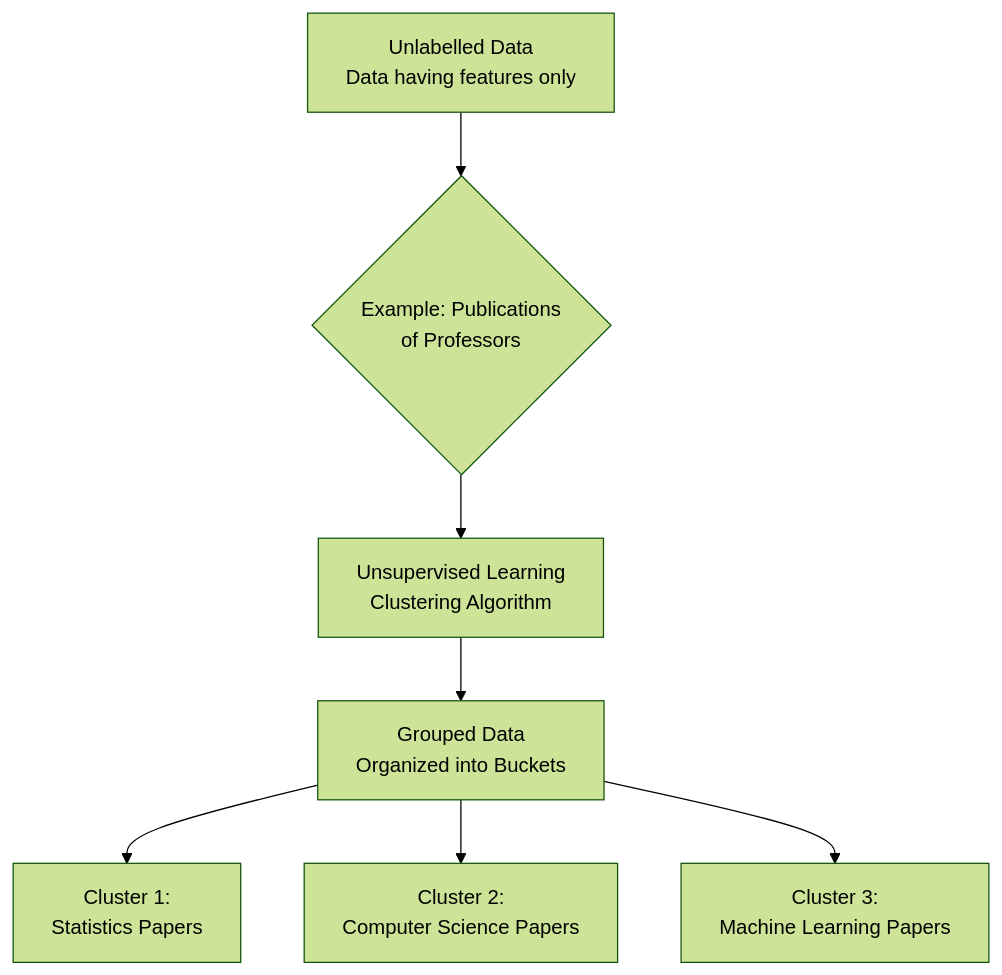
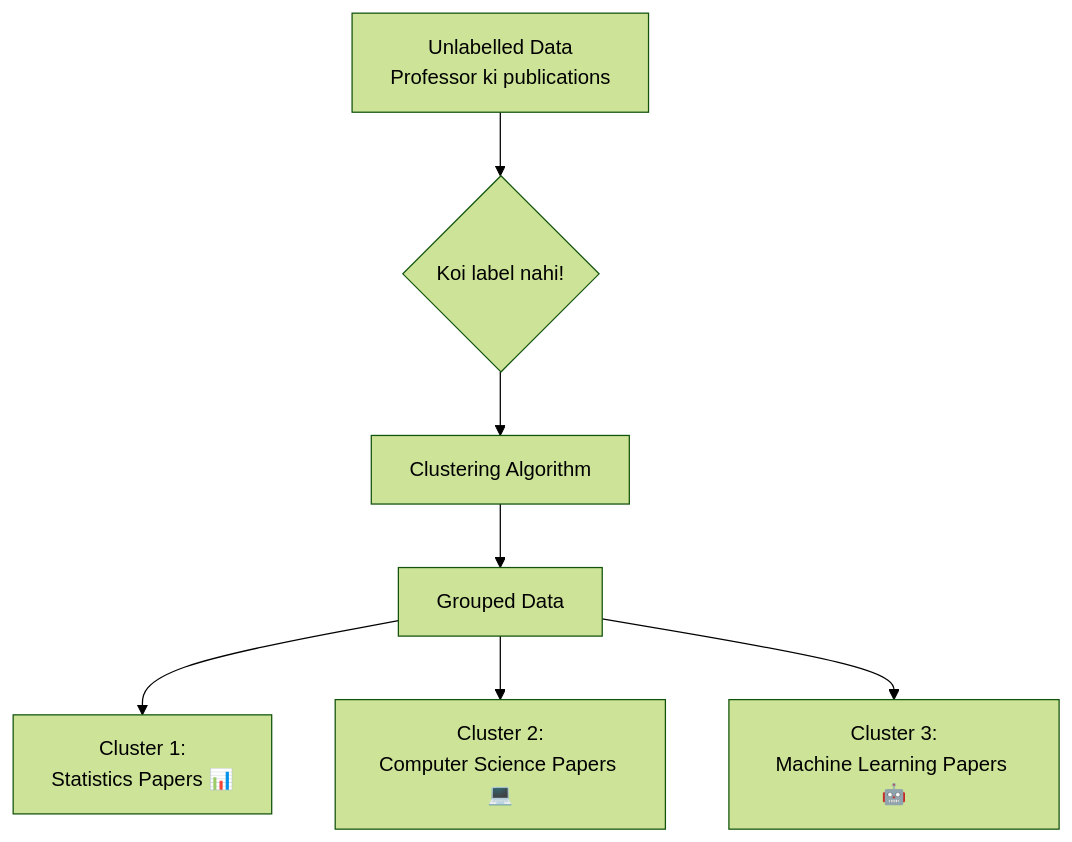
One commit to Swayam42/CollegeHub changed the third of 9 diagrams in 6th-SEM/ML-2/ClassWorks/Ch-09_UnsupervisedLearning/Notes.md. Above: the diagram before and after it, drawn with Mermaid (forest theme). The commit also changed other lines of this file, not shown here.

````diff
--- a/6th-SEM/ML-2/ClassWorks/Ch-09_UnsupervisedLearning/Notes.md
+++ b/6th-SEM/ML-2/ClassWorks/Ch-09_UnsupervisedLearning/Notes.md
@@ -93,10 +107,9 @@
 ```mermaid
 flowchart TD
-    A[Unlabelled Data<br/>Data having features only] --> B{Example: Publications<br/>of Professors}
-    B --> C[Unsupervised Learning<br/>Clustering Algorithm]
-    C --> D[Grouped Data<br/>Organized into Buckets]
-    D --> E1[Cluster 1:<br/>Statistics Papers]
-    D --> E2[Cluster 2:<br/>Computer Science Papers]
-    D --> E3[Cluster 3:<br/>Machine Learning Papers]
-    
+    A[Unlabelled Data<br/>Professor ki publications] --> B{Koi label nahi!}
+    B --> C[Clustering Algorithm]
+    C --> D[Grouped Data]
+    D --> E1[Cluster 1:<br/>Statistics Papers 📊]
+    D --> E2[Cluster 2:<br/>Computer Science Papers 💻]
+    D --> E3[Cluster 3:<br/>Machine Learning Papers 🤖]
 ```
````
